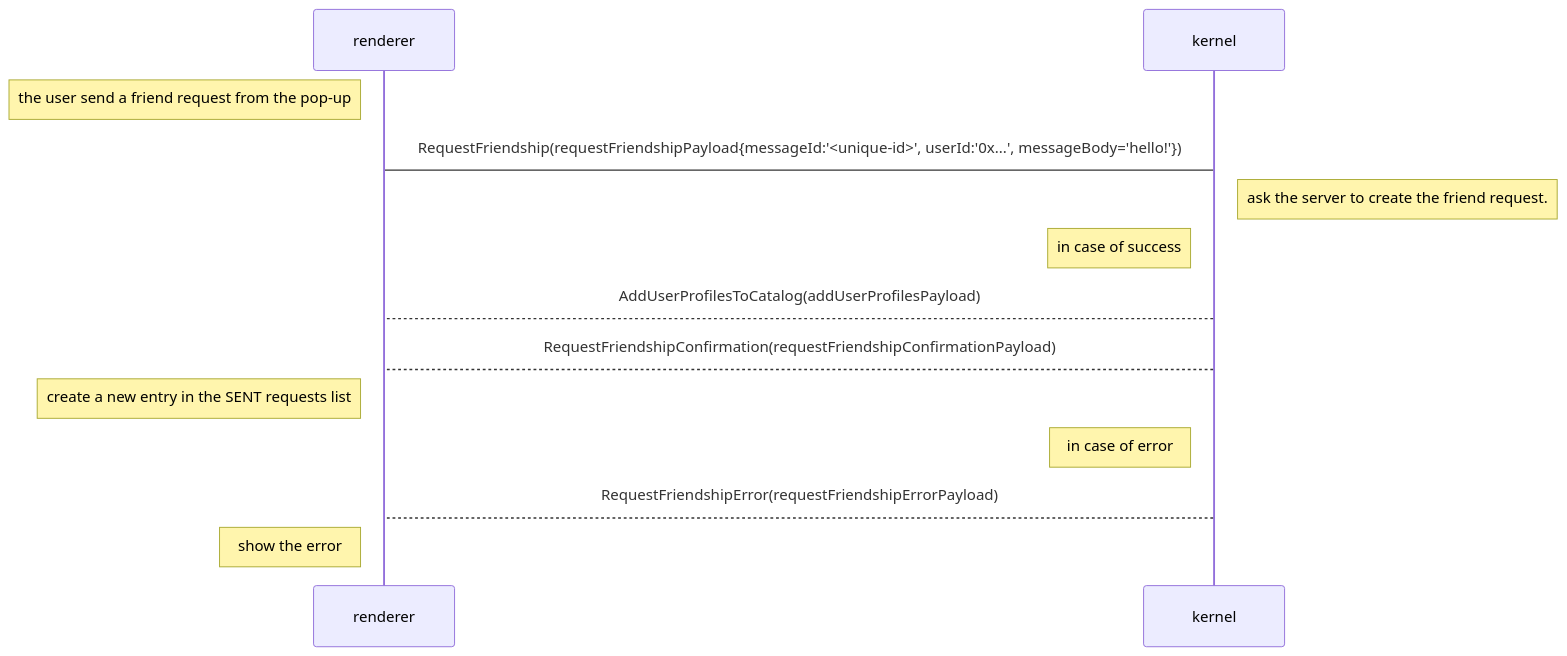
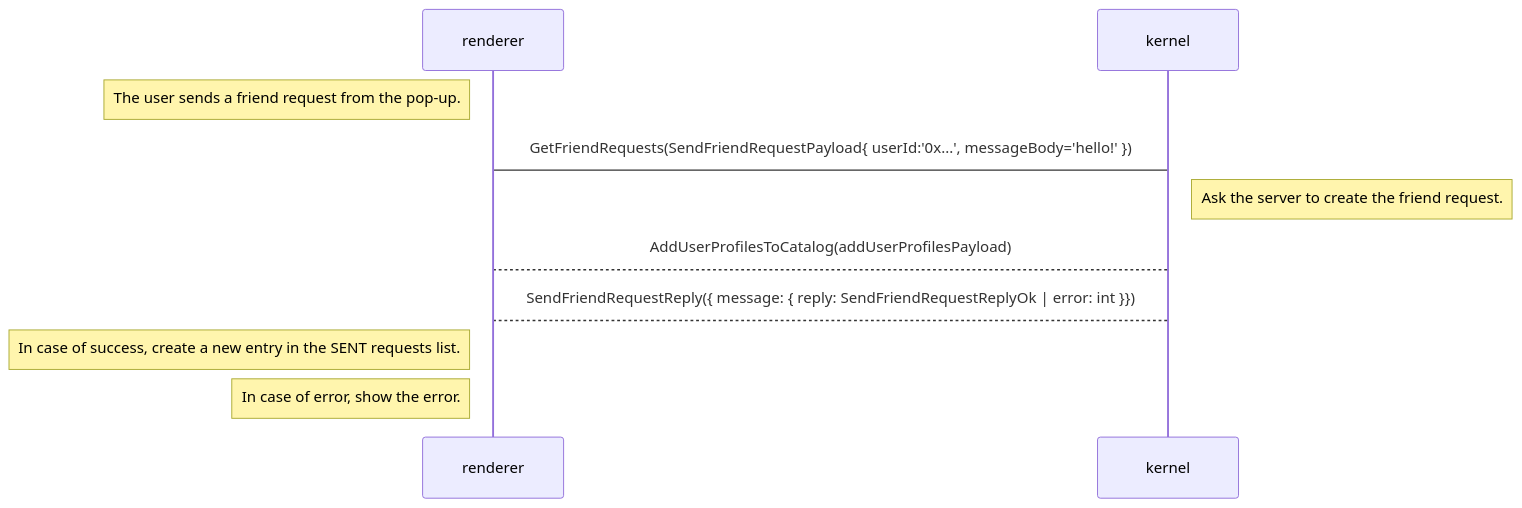
Before and after one commit to decentraland/adr: the first of 5 diagrams in content/ADR-137-new-friend-request.md, drawn with Mermaid. The commit also changed other lines of this file, not shown here.

````diff
--- a/content/ADR-137-new-friend-request.md
+++ b/content/ADR-137-new-friend-request.md
@@ -41,16 +41,13 @@
 ```mermaid
 sequenceDiagram
   participant renderer
   participant kernel
   
-note left of renderer: the user send a friend request from the pop-up
-renderer->kernel: RequestFriendship(requestFriendshipPayload{messageId:'<unique-id>', userId:'0x...', messageBody='hello!'})
-note right of kernel: ask the server to create the friend request.
-note left of kernel: in case of success
+note left of renderer: The user sends a friend request from the pop-up.
+renderer->kernel: GetFriendRequests(SendFriendRequestPayload{ userId:'0x...', messageBody='hello!' })
+note right of kernel: Ask the server to create the friend request.
 kernel-->renderer: AddUserProfilesToCatalog(addUserProfilesPayload)
-kernel-->renderer: RequestFriendshipConfirmation(requestFriendshipConfirmationPayload)
-note left of renderer: create a new entry in the SENT requests list
-note left of kernel: in case of error
-kernel-->renderer: RequestFriendshipError(requestFriendshipErrorPayload)
-note left of renderer: show the error
+kernel-->renderer: SendFriendRequestReply({ message: { reply: SendFriendRequestReplyOk | error: int }})
+note left of renderer: In case of success, create a new entry in the SENT requests list.
+note left of renderer: In case of error, show the error.
 ```
````
